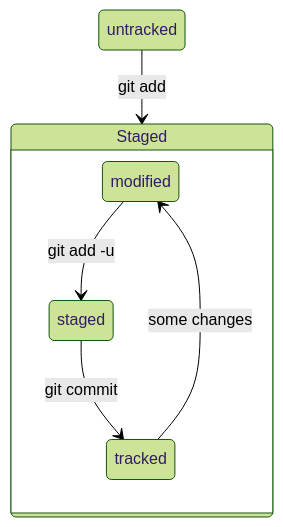
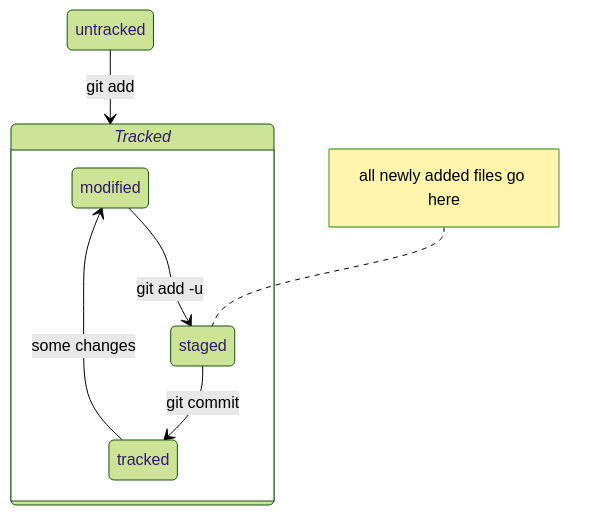
One commit to impatient0/friendship changed the diagram in README.md. Above: the diagram before and after it, drawn with Mermaid (forest theme). The commit also changed other lines of this file, not shown here.

Commit message:
add info about hashes and commit messages

````diff
--- a/README.md
+++ b/README.md
@@ -41,9 +41,12 @@
 ```mermaid
   stateDiagram-v2
-      untracked-->Staged : git add
-      state Staged {
+
+  classDef it font-style:italic
+      untracked-->Tracked:::it : git add
+      state Tracked {
         modified --> staged : git add -u
         staged-->tracked : git commit
         tracked-->modified : some changes
+        note left of staged: all newly added files go here
       }
 ```
````
